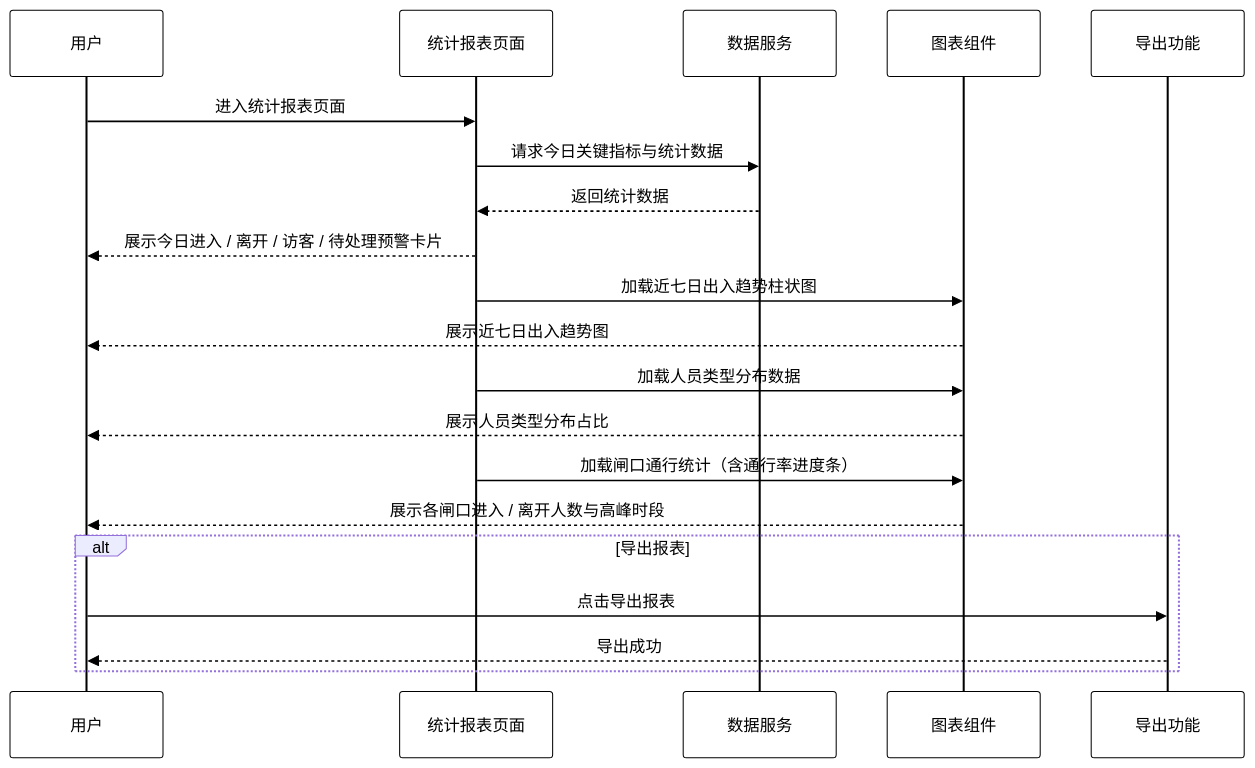
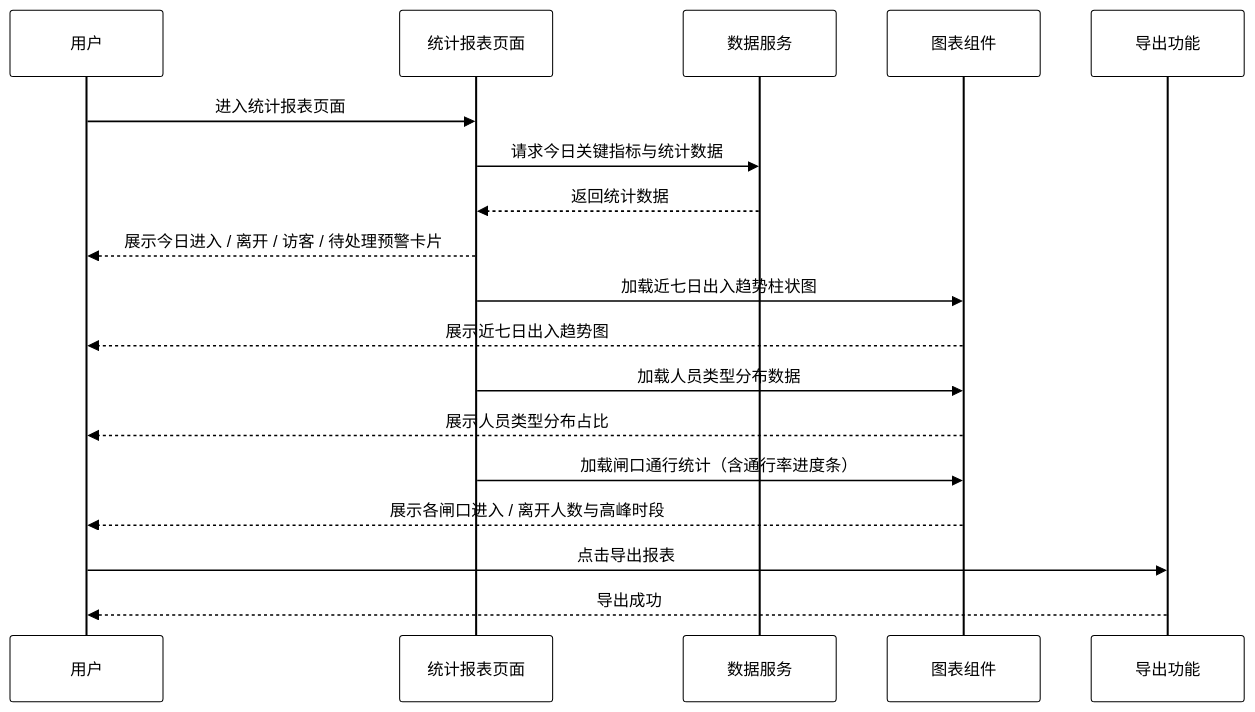
One commit to carl-Tu/campus-management changed diagram 22 of 24 in docs/功能需求分析与用例图.md. Above: the diagram before and after it, drawn with Mermaid. The commit also changed other lines of this file, not shown here.

Commit message:
perfect：时序图

````diff
--- a/docs/功能需求分析与用例图.md
+++ b/docs/功能需求分析与用例图.md
@@ -750,24 +723,22 @@
 ```mermaid
 sequenceDiagram
   %%{init: {"themeVariables": {"actorBkg": "#ffffff", "actorBorder": "#000000", "actorTextColor": "#000000", "actorLineColor": "#000000", "signalColor": "#000000", "signalTextColor": "#000000", "noteBkgColor": "#ffffff", "noteBorderColor": "#000000"}}}%%
   participant U as 用户
   participant P as 统计报表页面
   participant D as 数据服务
   participant C as 图表组件
   participant E as 导出功能
 
   U->>P: 进入统计报表页面
   P->>D: 请求今日关键指标与统计数据
   D-->>P: 返回统计数据
   P-->>U: 展示今日进入 / 离开 / 访客 / 待处理预警卡片
   P->>C: 加载近七日出入趋势柱状图
   C-->>U: 展示近七日出入趋势图
   P->>C: 加载人员类型分布数据
   C-->>U: 展示人员类型分布占比
   P->>C: 加载闸口通行统计（含通行率进度条）
   C-->>U: 展示各闸口进入 / 离开人数与高峰时段
-  alt 导出报表
-    U->>E: 点击导出报表
-    E-->>U: 导出成功
-  end
+  U->>E: 点击导出报表
+  E-->>U: 导出成功
 ```
````
